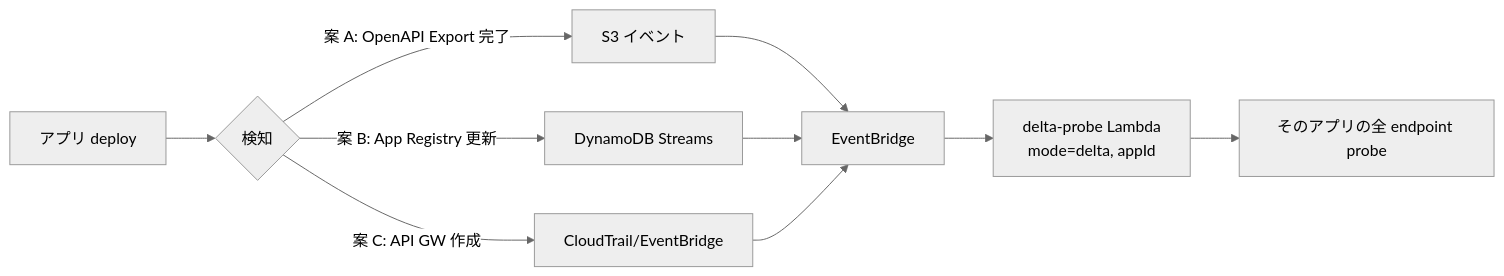
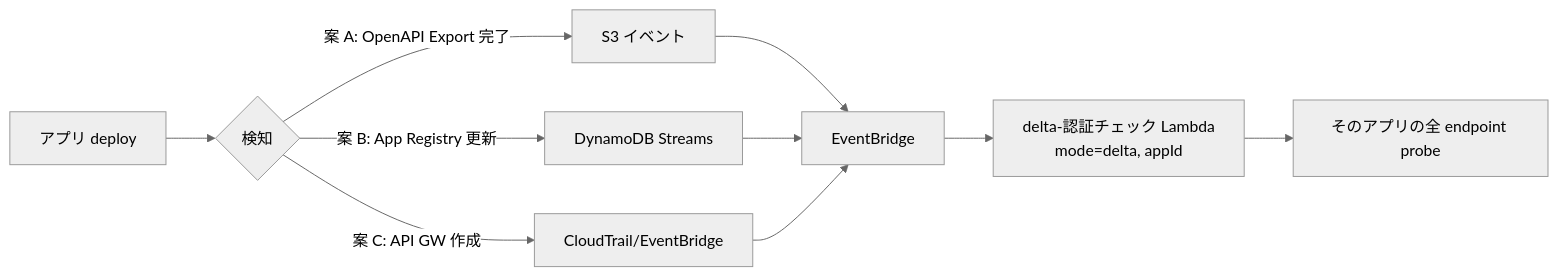
Before and after one commit to suepie/aws-atuh-poc: the second of 2 diagrams in doc/api-platform/basic-design/18-scan-modes-and-scheduling.md, drawn with Mermaid (neutral theme). The commit also changed other lines of this file and 29 other files, not shown here.

````diff
--- a/doc/api-platform/basic-design/18-scan-modes-and-scheduling.md
+++ b/doc/api-platform/basic-design/18-scan-modes-and-scheduling.md
@@ -66,10 +66,10 @@
 ```mermaid
 flowchart LR
     Dep[アプリ deploy] --> Ev{検知}
     Ev -->|案 A: OpenAPI Export 完了| S3E[S3 イベント]
     Ev -->|案 B: App Registry 更新| DDBS[DynamoDB Streams]
     Ev -->|案 C: API GW 作成| CT[CloudTrail/EventBridge]
     S3E & DDBS & CT --> EB[EventBridge]
-    EB --> L[delta-probe Lambda<br/>mode=delta, appId]
+    EB --> L[delta-認証チェック Lambda<br/>mode=delta, appId]
     L --> P[そのアプリの全 endpoint probe]
 ```
````
